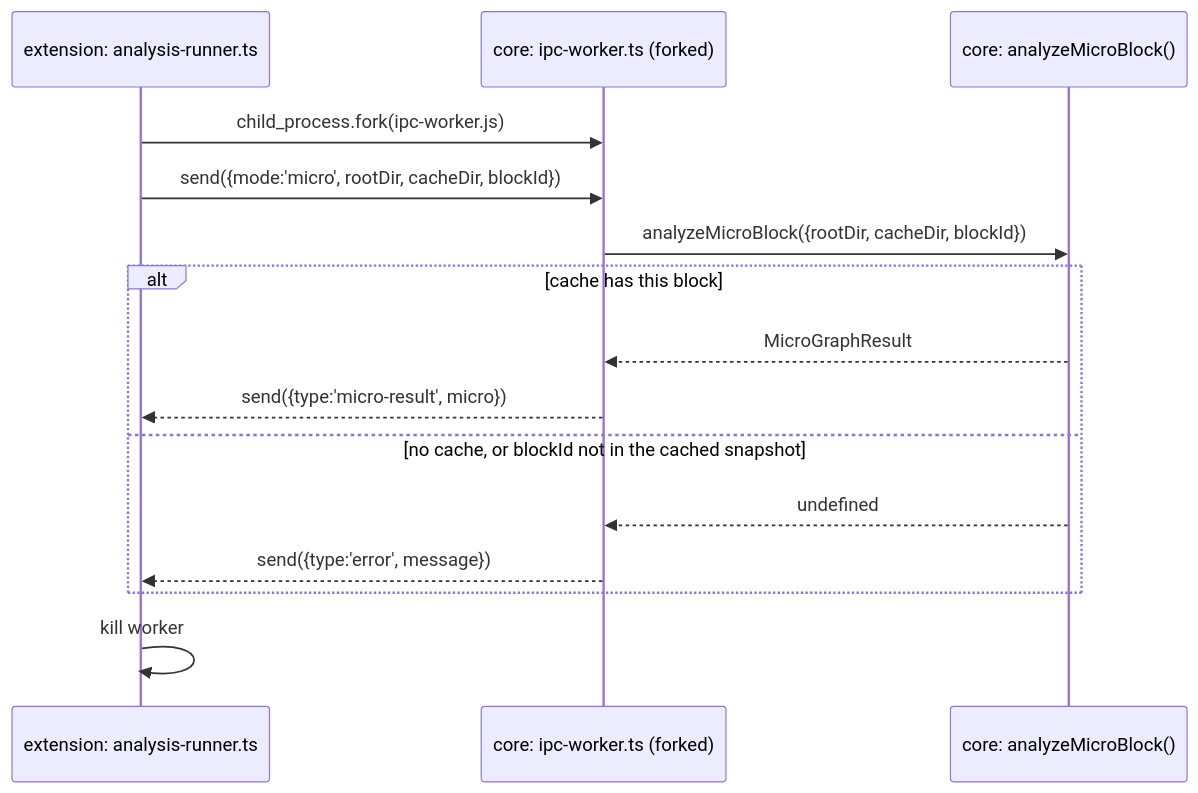
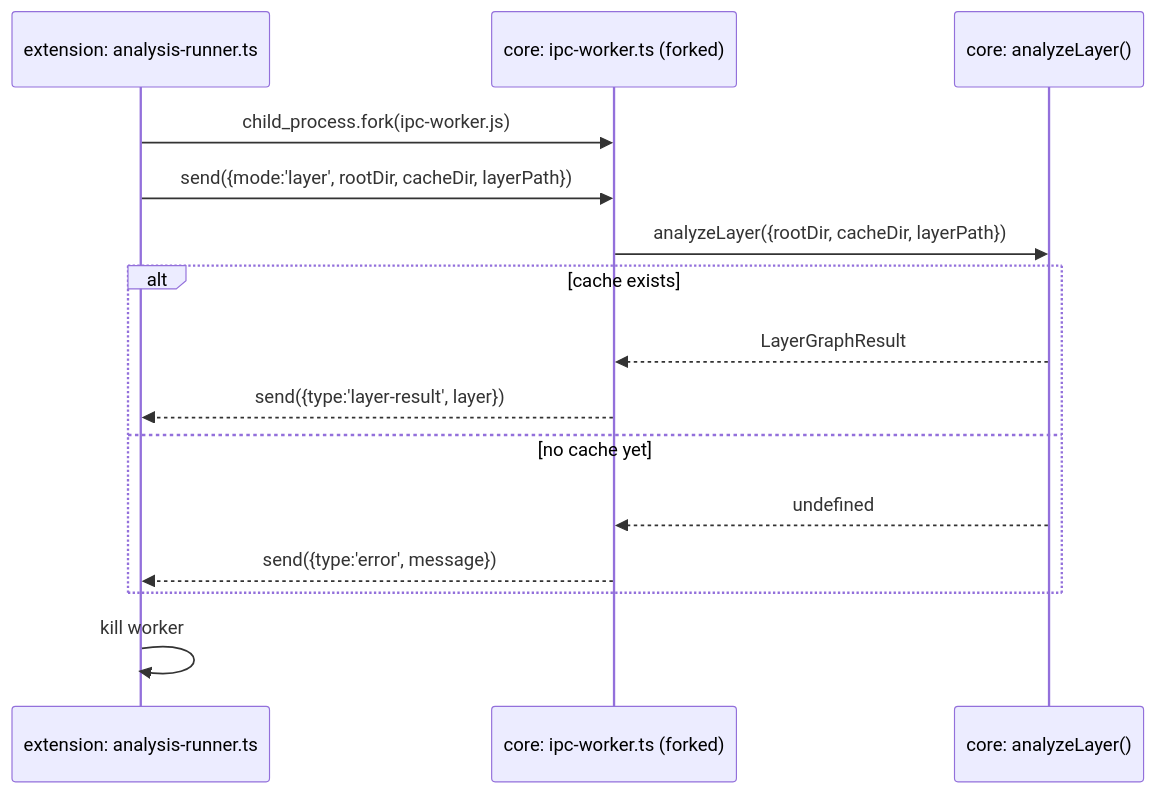
The second of 2 diagrams in docs/architecture/PROCESS-BOUNDARY.md (PoisedDok/BlockNet), drawn with Mermaid before and after one commit. The commit also changed other lines of this file and 2 other files, not shown here.

Commit message:
Update protocol, process boundary, and state docs for layer analysis

````diff
--- a/docs/architecture/PROCESS-BOUNDARY.md
+++ b/docs/architecture/PROCESS-BOUNDARY.md
@@ -50,18 +51,18 @@
 ```mermaid
 sequenceDiagram
     participant Runner as extension: analysis-runner.ts
     participant Worker as core: ipc-worker.ts (forked)
-    participant Micro as core: analyzeMicroBlock()
+    participant Layer as core: analyzeLayer()
 
     Runner->>Worker: child_process.fork(ipc-worker.js)
-    Runner->>Worker: send({mode:'micro', rootDir, cacheDir, blockId})
-    Worker->>Micro: analyzeMicroBlock({rootDir, cacheDir, blockId})
-    alt cache has this block
-        Micro-->>Worker: MicroGraphResult
-        Worker-->>Runner: send({type:'micro-result', micro})
-    else no cache, or blockId not in the cached snapshot
-        Micro-->>Worker: undefined
+    Runner->>Worker: send({mode:'layer', rootDir, cacheDir, layerPath})
+    Worker->>Layer: analyzeLayer({rootDir, cacheDir, layerPath})
+    alt cache exists
+        Layer-->>Worker: LayerGraphResult
+        Worker-->>Runner: send({type:'layer-result', layer})
+    else no cache yet
+        Layer-->>Worker: undefined
         Worker-->>Runner: send({type:'error', message})
     end
     Runner->>Runner: kill worker
 ```
````
